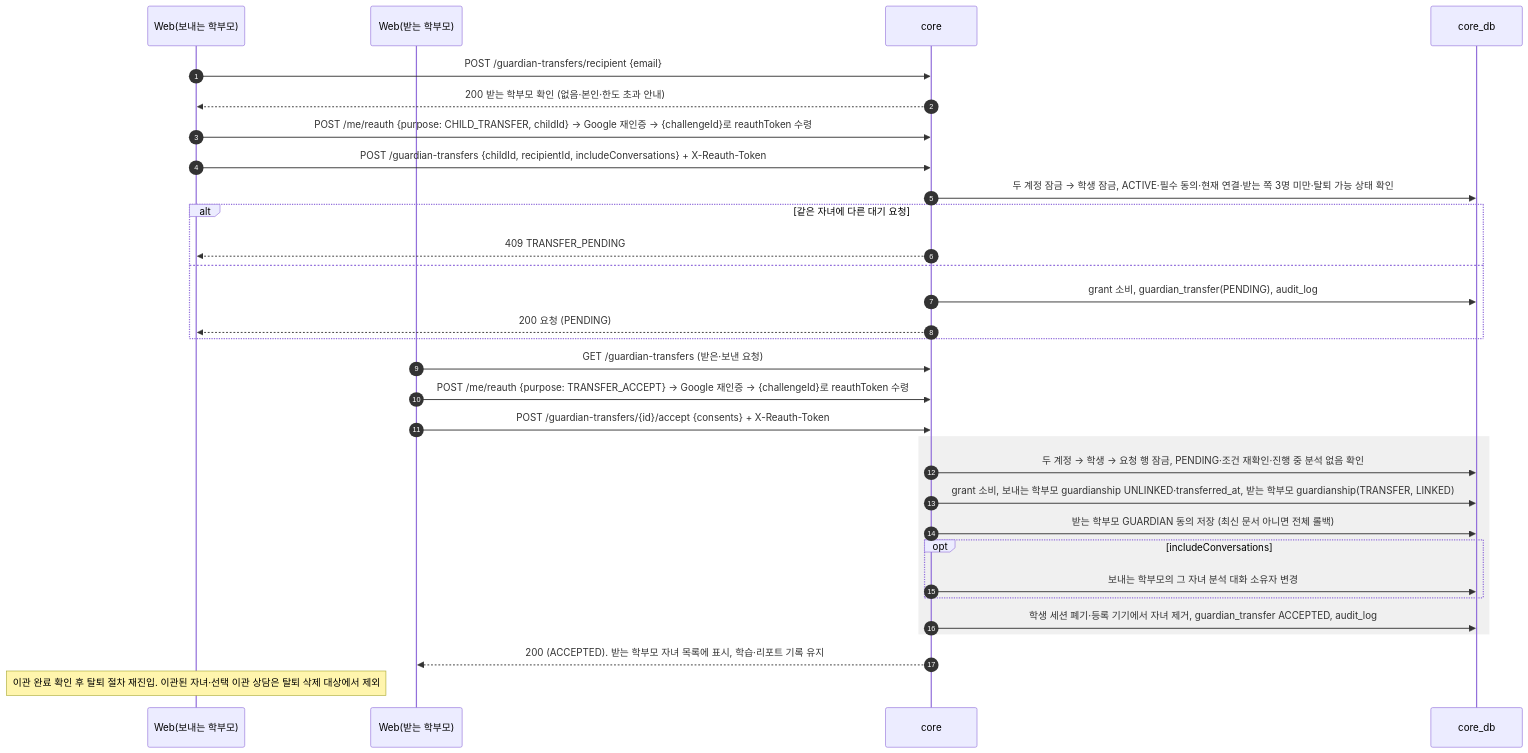
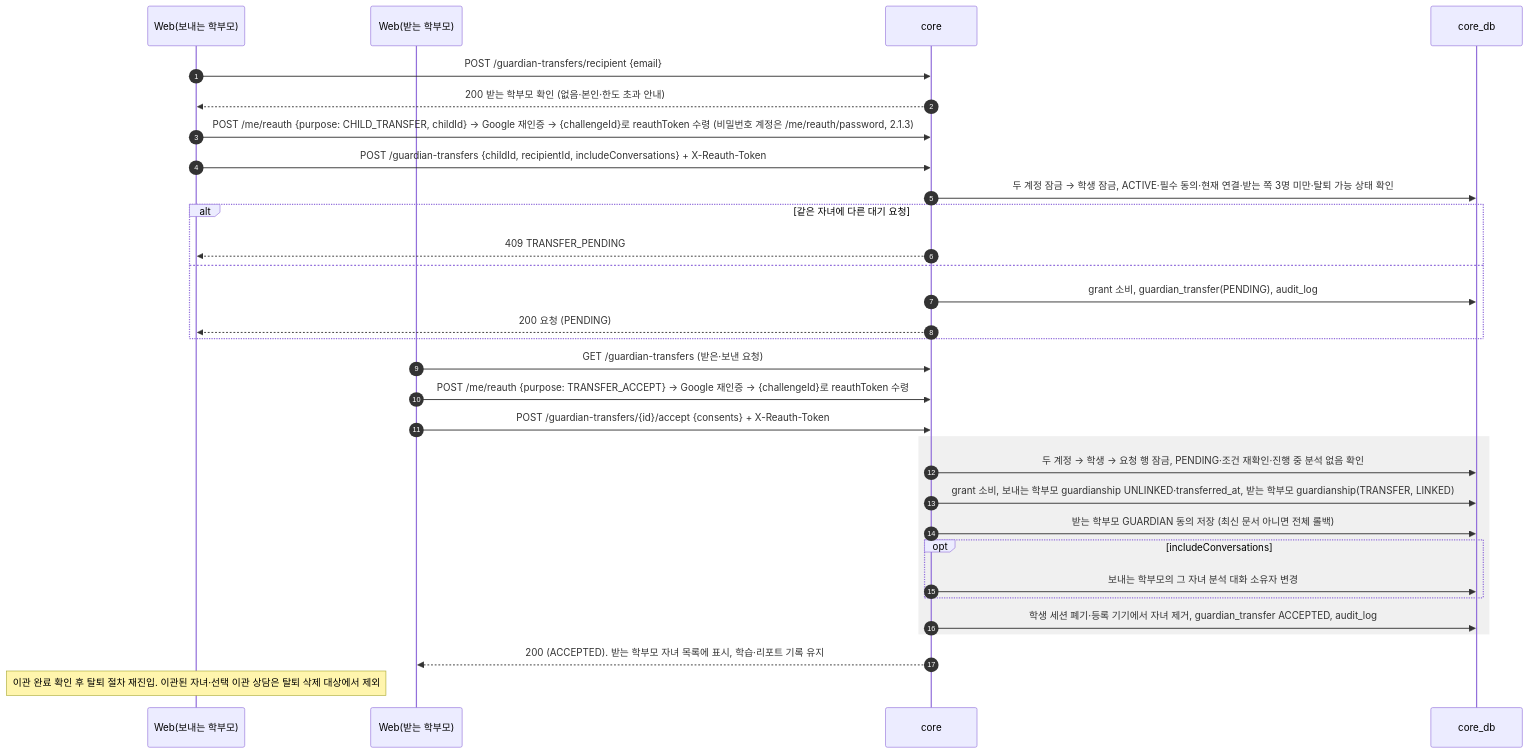
Diagram 12 of 36 in docs/design/sequence-diagram.md (SKNETWORKS-FAMILY-AICAMP/SKN34-FINAL-3TEAM), drawn with Mermaid before and after one commit. The commit also changed other lines of this file and 61 other files, not shown here.

````diff
--- a/docs/design/sequence-diagram.md
+++ b/docs/design/sequence-diagram.md
@@ -316,34 +410,34 @@
 ```mermaid
 sequenceDiagram
   autonumber
   participant S as Web(보내는 학부모)
   participant R as Web(받는 학부모)
   participant C as core
   participant DB as core_db
 
   S->>C: POST /guardian-transfers/recipient {email}
   C-->>S: 200 받는 학부모 확인 (없음·본인·한도 초과 안내)
-  S->>C: POST /me/reauth {purpose: CHILD_TRANSFER, childId} → Google 재인증 → {challengeId}로 reauthToken 수령
+  S->>C: POST /me/reauth {purpose: CHILD_TRANSFER, childId} → Google 재인증 → {challengeId}로 reauthToken 수령 (비밀번호 계정은 /me/reauth/password, 2.1.3)
   S->>C: POST /guardian-transfers {childId, recipientId, includeConversations} + X-Reauth-Token
   C->>DB: 두 계정 잠금 → 학생 잠금, ACTIVE·필수 동의·현재 연결·받는 쪽 3명 미만·탈퇴 가능 상태 확인
   alt 같은 자녀에 다른 대기 요청
     C-->>S: 409 TRANSFER_PENDING
   else
     C->>DB: grant 소비, guardian_transfer(PENDING), audit_log
     C-->>S: 200 요청 (PENDING)
   end
   R->>C: GET /guardian-transfers (받은·보낸 요청)
   R->>C: POST /me/reauth {purpose: TRANSFER_ACCEPT} → Google 재인증 → {challengeId}로 reauthToken 수령
   R->>C: POST /guardian-transfers/{id}/accept {consents} + X-Reauth-Token
   rect rgba(128,128,128,0.12)
     C->>DB: 두 계정 → 학생 → 요청 행 잠금, PENDING·조건 재확인·진행 중 분석 없음 확인
     C->>DB: grant 소비, 보내는 학부모 guardianship UNLINKED·transferred_at, 받는 학부모 guardianship(TRANSFER, LINKED)
     C->>DB: 받는 학부모 GUARDIAN 동의 저장 (최신 문서 아니면 전체 롤백)
     opt includeConversations
       C->>DB: 보내는 학부모의 그 자녀 분석 대화 소유자 변경
     end
     C->>DB: 학생 세션 폐기·등록 기기에서 자녀 제거, guardian_transfer ACCEPTED, audit_log
   end
   C-->>R: 200 (ACCEPTED). 받는 학부모 자녀 목록에 표시, 학습·리포트 기록 유지
   Note over S: 이관 완료 확인 후 탈퇴 절차 재진입. 이관된 자녀·선택 이관 상담은 탈퇴 삭제 대상에서 제외
 ```
````
